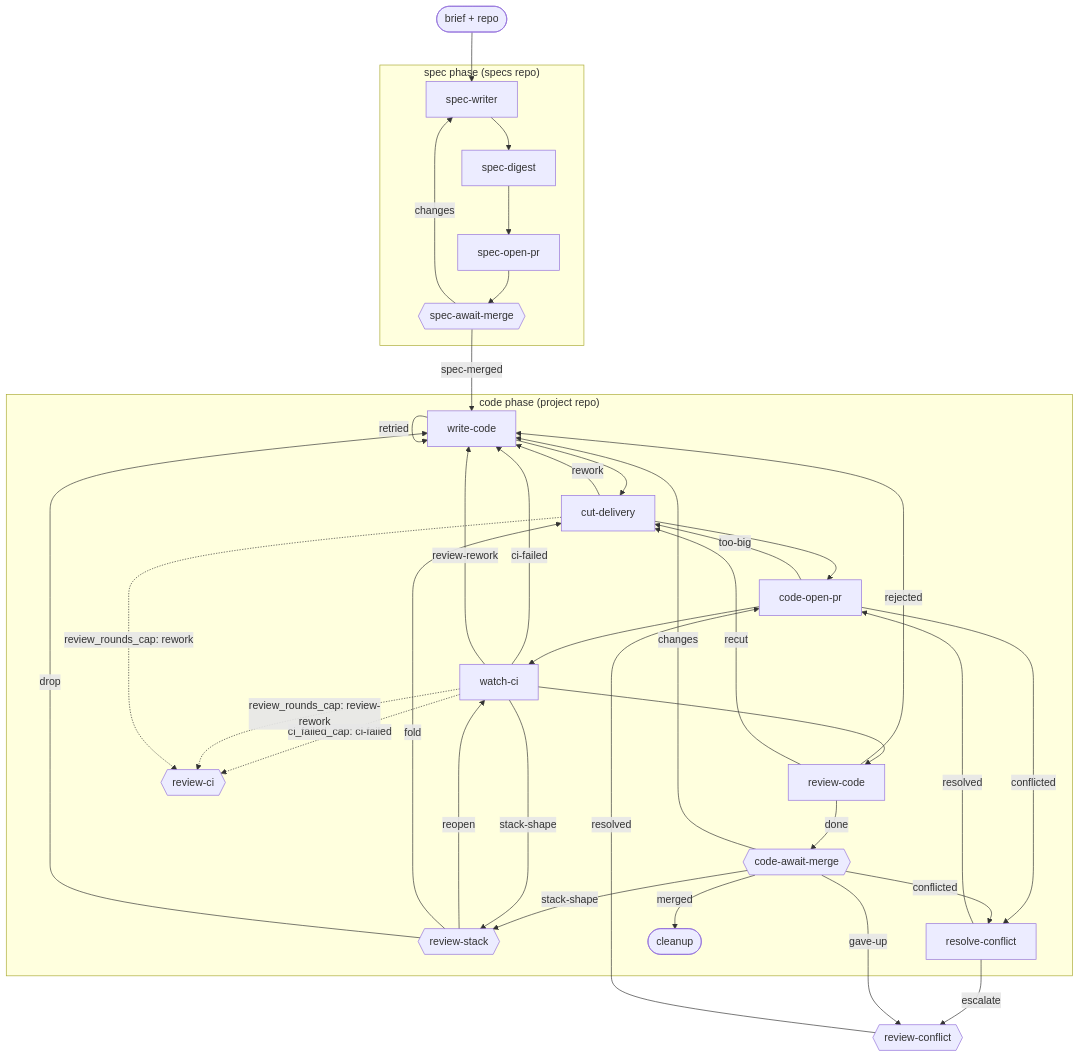
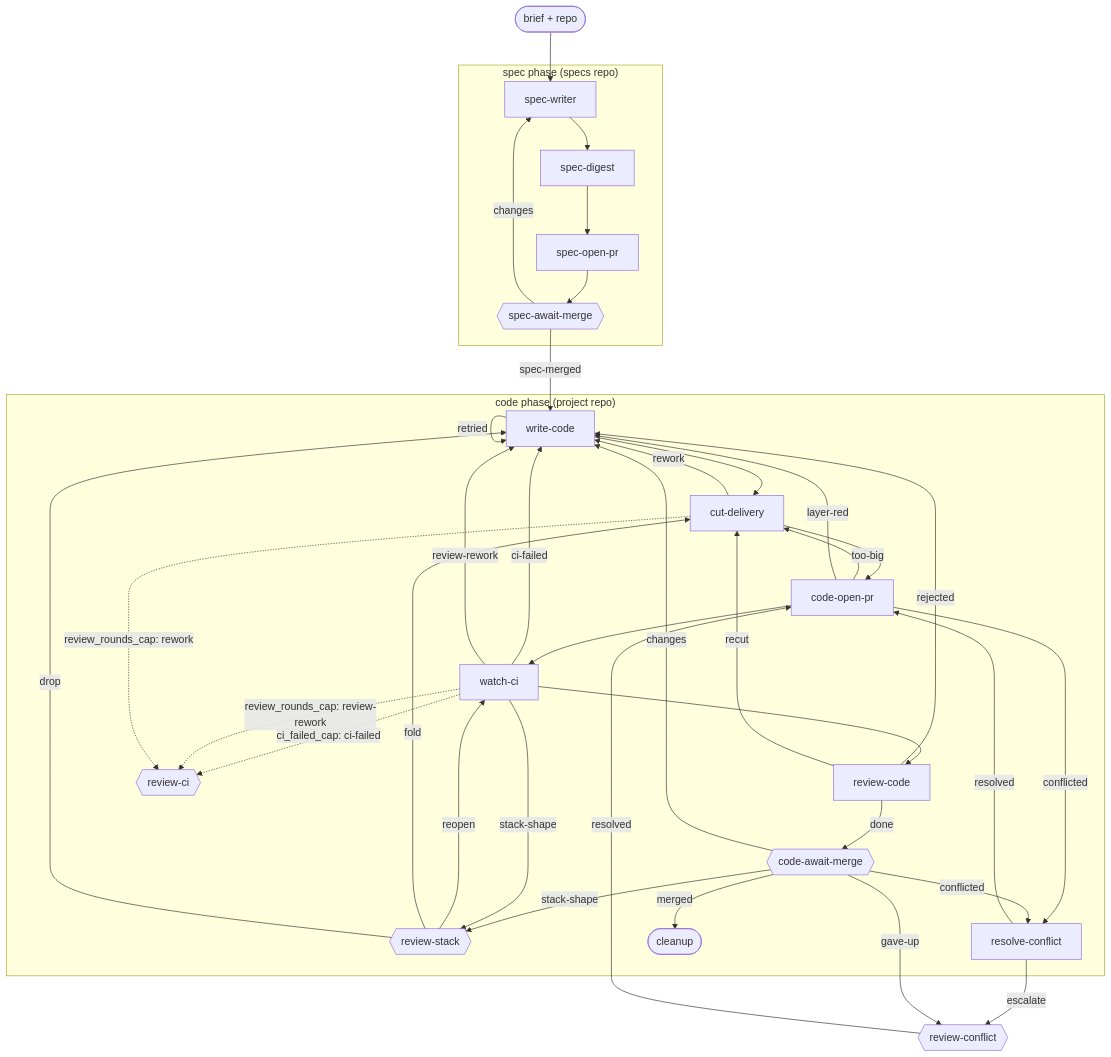
Before and after one commit to kenmclennan/lightcycle-workflows: the diagram in docs/spec-driven.md, drawn with Mermaid. The commit also changed other lines of this file and 11 other files, not shown here.

First line of the commit message:
feat(workflows): route a red layer back to the coder with a layer-red edge

````diff
--- a/docs/spec-driven.md
+++ b/docs/spec-driven.md
@@ -15,36 +15,37 @@
 ```mermaid
 flowchart TD
     brief(["brief + repo"]) --> SW["spec-writer"]
     subgraph S ["spec phase (specs repo)"]
         SW --> SD["spec-digest"] --> SOP["spec-open-pr"] --> SAM{{"spec-await-merge"}}
         SAM -->|changes| SW
     end
     SAM -->|spec-merged| WC["write-code"]
     subgraph C ["code phase (project repo)"]
         WC --> CD["cut-delivery"] --> COP["code-open-pr"] --> WCI["watch-ci"] --> RC["review-code"]
         WCI -->|ci-failed| WC
         WCI -->|review-rework| WC
         WCI -.->|"ci_failed_cap: ci-failed"| RCI{{"review-ci"}}
         WCI -.->|"review_rounds_cap: review-rework"| RCI
         CD -->|rework| WC
         CD -.->|"review_rounds_cap: rework"| RCI
         RC -->|rejected| WC
         RC -->|done| CAM{{"code-await-merge"}}
         CAM -->|changes| WC
         WC -->|retried| WC
         RC -->|recut| CD
         CAM -->|stack-shape| RS{{"review-stack"}}
         WCI -->|stack-shape| RS
         RS -->|reopen| WCI
         RS -->|fold| CD
         RS -->|drop| WC
         COP -->|conflicted| RCF["resolve-conflict"]
         COP -->|too-big| CD
+        COP -->|layer-red| WC
         CAM -->|conflicted| RCF
         RCF -->|resolved| COP
         CAM -->|merged| CU(["cleanup"])
     end
     RCF -->|escalate| RCON{{"review-conflict"}}
     CAM -->|gave-up| RCON
     RCON -->|resolved| COP
 ```
````
